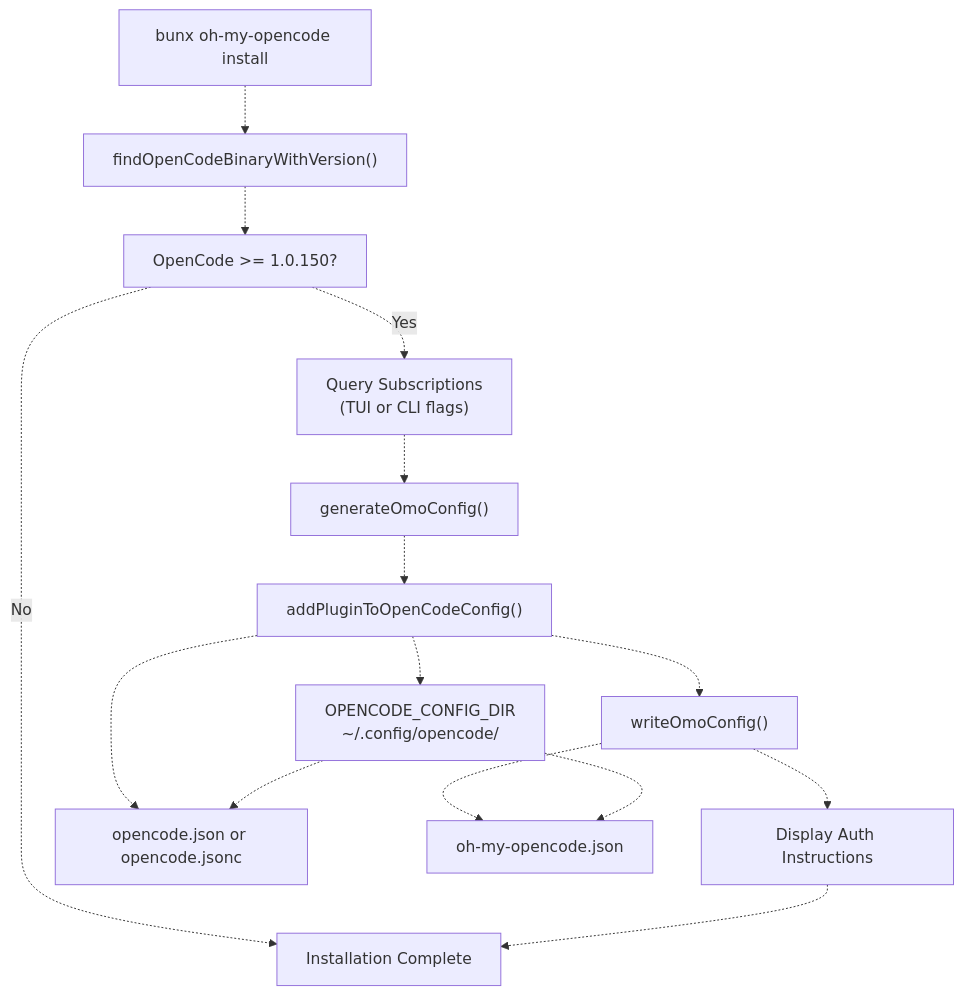
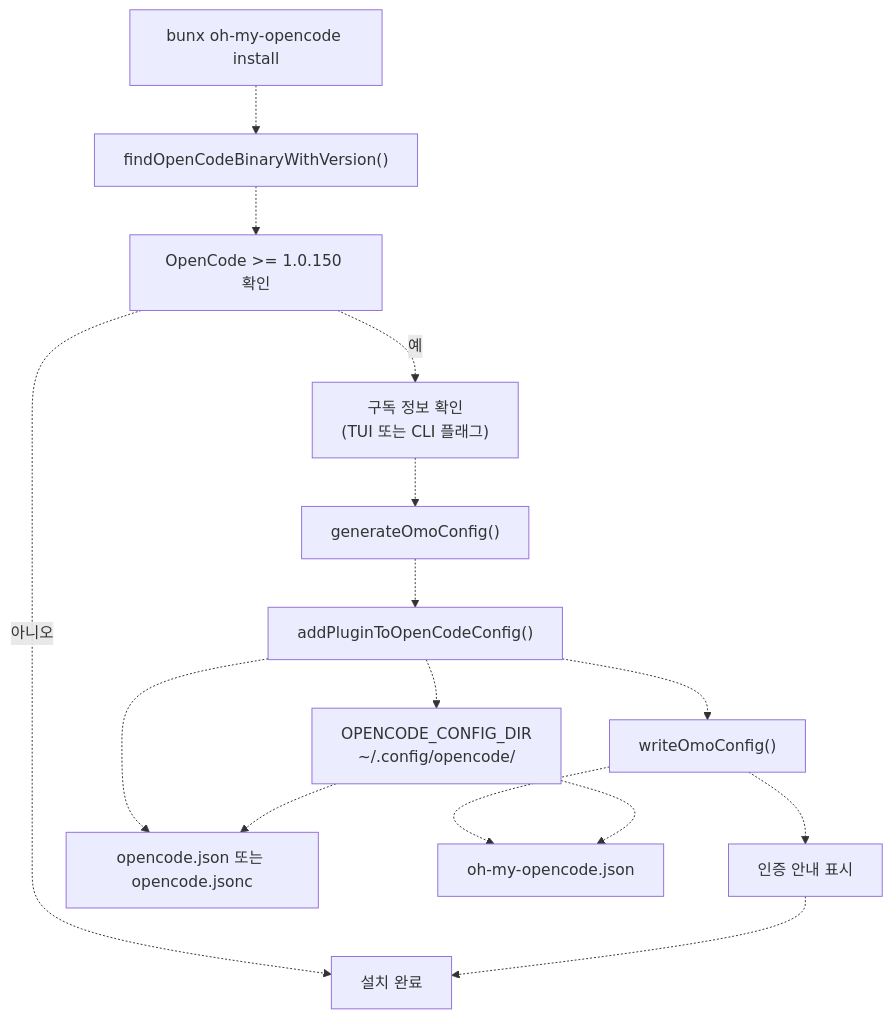
The first of 3 diagrams in docs/getting-started/index.md (felipetruman/oh-my-opencode-docs), drawn with Mermaid before and after one commit. The commit also changed other lines of this file and 76 other files, not shown here.

````diff
--- a/docs/getting-started/index.md
+++ b/docs/getting-started/index.md
@@ -87,31 +77,31 @@
 ```mermaid
 flowchart TD
 
 Start["bunx oh-my-opencode install"]
 DetectOC["findOpenCodeBinaryWithVersion()"]
-CheckVersion["OpenCode >= 1.0.150?"]
-QuerySubs["Query Subscriptions<br>(TUI or CLI flags)"]
+CheckVersion["OpenCode >= 1.0.150 확인"]
+QuerySubs["구독 정보 확인<br>(TUI 또는 CLI 플래그)"]
 GenConfig["generateOmoConfig()"]
 AddPlugin["addPluginToOpenCodeConfig()"]
 WriteOmo["writeOmoConfig()"]
-ShowAuth["Display Auth Instructions"]
-End["Installation Complete"]
+ShowAuth["인증 안내 표시"]
+End["설치 완료"]
 ConfigDir["OPENCODE_CONFIG_DIR<br>~/.config/opencode/"]
-OpencodeJson["opencode.json or opencode.jsonc"]
+OpencodeJson["opencode.json 또는 opencode.jsonc"]
 OmoJson["oh-my-opencode.json"]
 
 Start -.-> DetectOC
 DetectOC -.-> CheckVersion
-CheckVersion -.->|"Yes"| QuerySubs
-CheckVersion -.->|"No"| End
+CheckVersion -.->|"예"| QuerySubs
+CheckVersion -.->|"아니오"| End
 QuerySubs -.-> GenConfig
 GenConfig -.-> AddPlugin
 AddPlugin -.-> WriteOmo
 WriteOmo -.-> ShowAuth
 ShowAuth -.-> End
 AddPlugin -.-> ConfigDir
 AddPlugin -.-> OpencodeJson
 WriteOmo -.-> OmoJson
 ConfigDir -.-> OpencodeJson
 ConfigDir -.-> OmoJson
 ```
````
